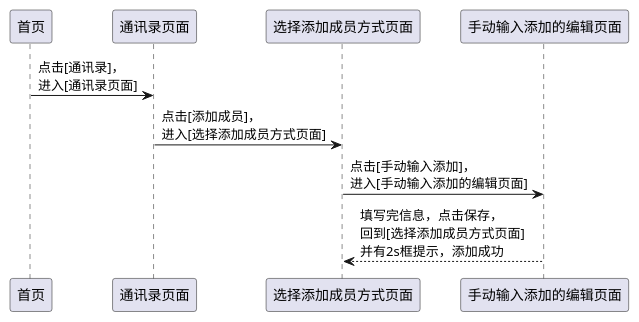
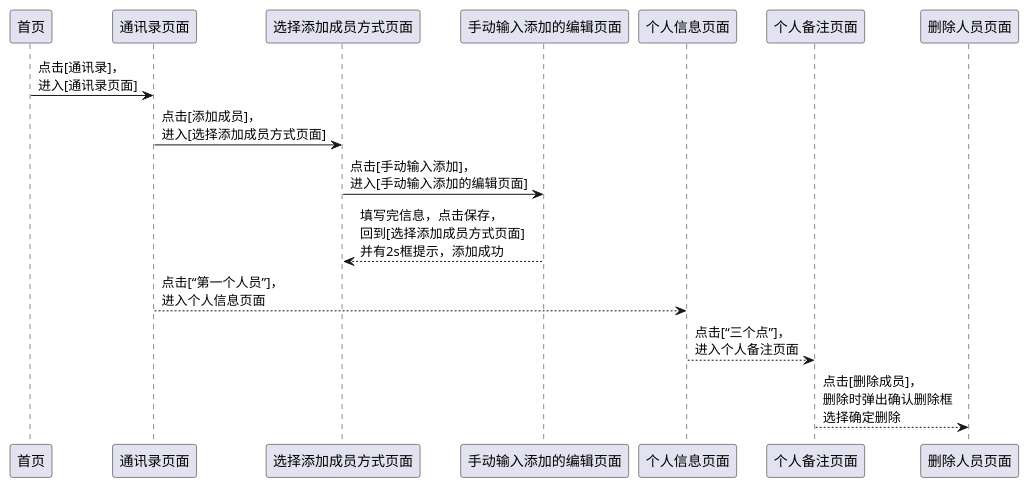
Before and after one commit to zhaoyang6943/ceshi: the diagram in Appium学习过程和作业/appium实战02/wexin.puml, drawn with PlantUML. The commit also changed 15 other files, not shown here.

```diff
--- a/Appium学习过程和作业/appium实战02/wexin.puml
+++ b/Appium学习过程和作业/appium实战02/wexin.puml
@@ -1,16 +1,23 @@
 @startuml
 'https://plantuml.com/sequence-diagram
 
 participant 首页 as Index
 participant 通讯录页面 as ContactList
 participant 选择添加成员方式页面 as SelectAddMembers
 participant 手动输入添加的编辑页面 as EditMember
-
+participant 个人信息页面 as PersonalDetails
+participant 个人备注页面 as Remarks
+participant 删除人员页面 as RemovePersonnel
 
 Index -> ContactList: 点击[通讯录]，\n进入[通讯录页面]
 ContactList -> SelectAddMembers:点击[添加成员]，\n进入[选择添加成员方式页面]
 SelectAddMembers -> EditMember:点击[手动输入添加]，\n进入[手动输入添加的编辑页面]
 
 EditMember --> SelectAddMembers:填写完信息，点击保存，\n回到[选择添加成员方式页面]\n并有2s框提示，添加成功
 
+ContactList  --> PersonalDetails:点击[“第一个人员”]，\n进入个人信息页面
+PersonalDetails --> Remarks:点击[“三个点”]，\n进入个人备注页面
+Remarks --> RemovePersonnel:点击[删除成员]，\n删除时弹出确认删除框\n选择确定删除
+
+
 @enduml
```
